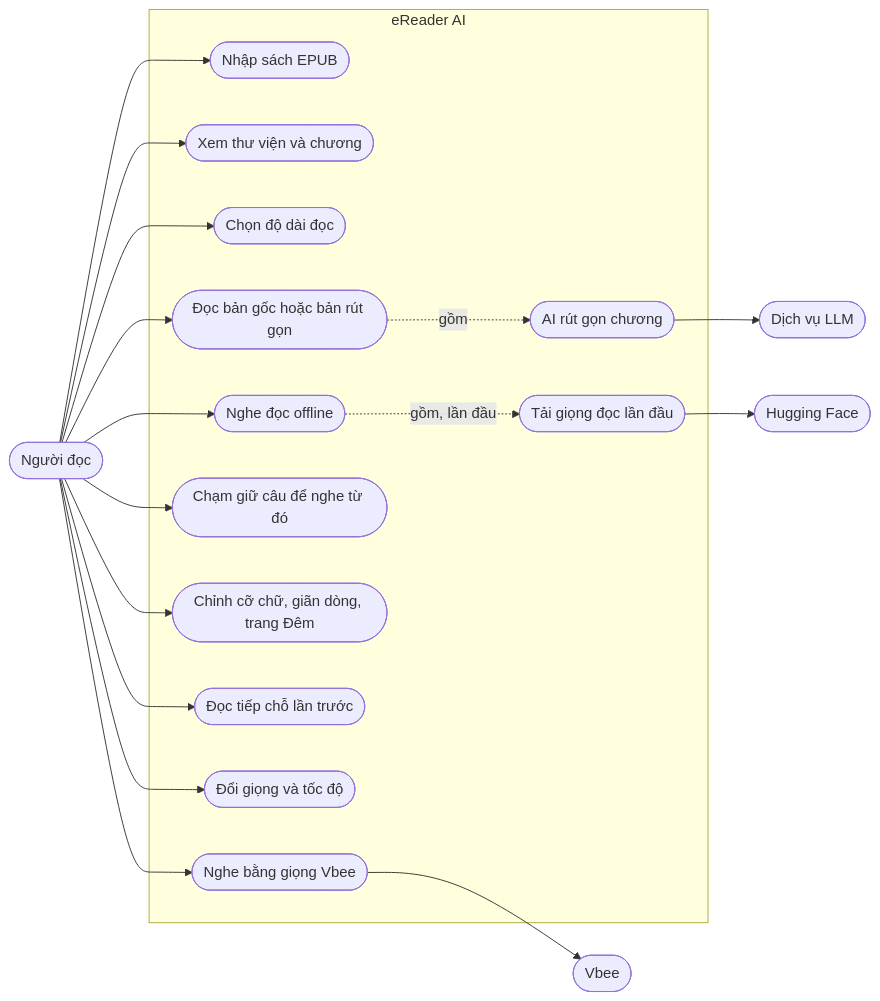
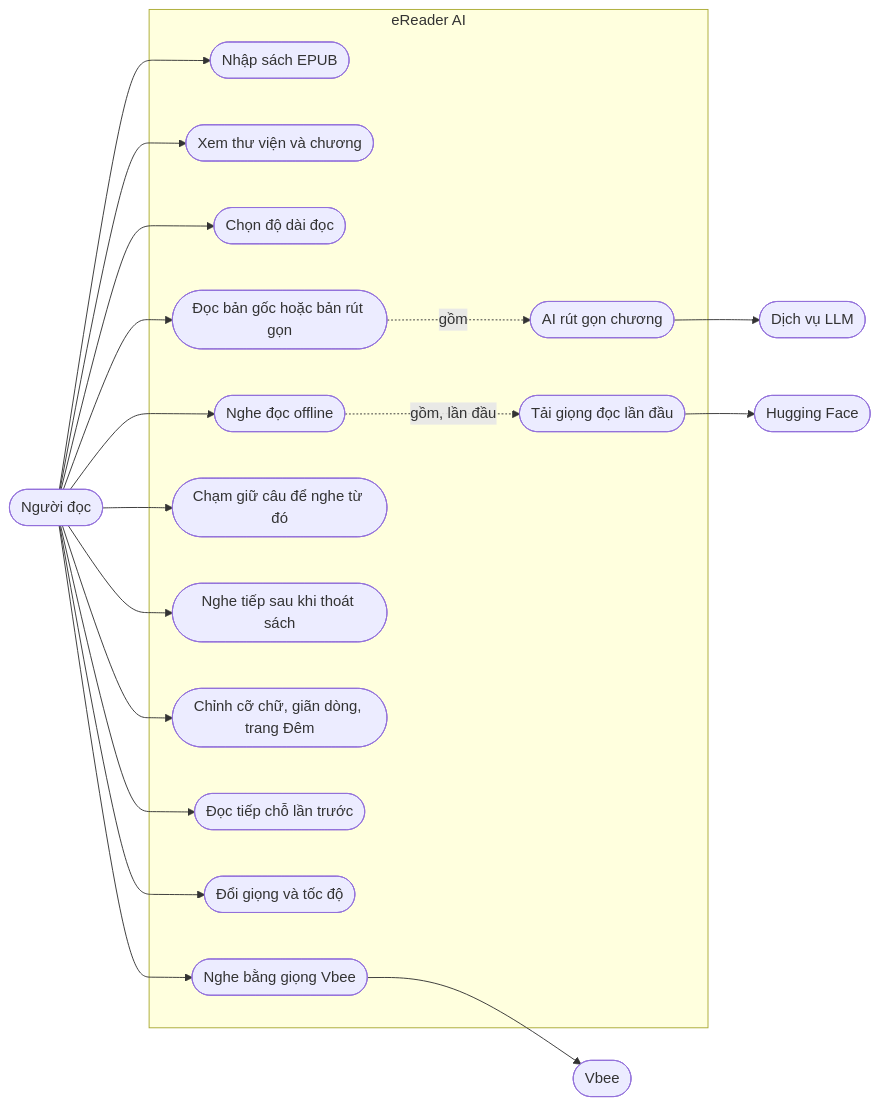
The first of 2 diagrams in README.vi.md (tinwritescode/ereader-ai), drawn with Mermaid before and after one commit. The commit also changed other lines of this file and 25 other files, not shown here.

````diff
--- a/README.vi.md
+++ b/README.vi.md
@@ -15,39 +15,41 @@
 ```mermaid
 flowchart LR
     reader(["Người đọc"])
     llm(["Dịch vụ LLM"])
     hf(["Hugging Face"])
     vbee(["Vbee"])
 
     subgraph app["eReader AI"]
         import(["Nhập sách EPUB"])
         browse(["Xem thư viện và chương"])
         length(["Chọn độ dài đọc"])
         read(["Đọc bản gốc hoặc bản rút gọn"])
         shorten(["AI rút gọn chương"])
         listen(["Nghe đọc offline"])
         pick(["Chạm giữ câu để nghe từ đó"])
+        keepon(["Nghe tiếp sau khi thoát sách"])
         look(["Chỉnh cỡ chữ, giãn dòng, trang Đêm"])
         resume(["Đọc tiếp chỗ lần trước"])
         download(["Tải giọng đọc lần đầu"])
         tune(["Đổi giọng và tốc độ"])
         cloud(["Nghe bằng giọng Vbee"])
     end
 
     reader --> import
     reader --> browse
     reader --> length
     reader --> read
     reader --> listen
+    reader --> keepon
     reader --> pick
     reader --> look
     reader --> resume
     reader --> tune
     reader --> cloud
 
     read -. "gồm" .-> shorten
     listen -. "gồm, lần đầu" .-> download
     shorten --> llm
     download --> hf
     cloud --> vbee
 ```
````
